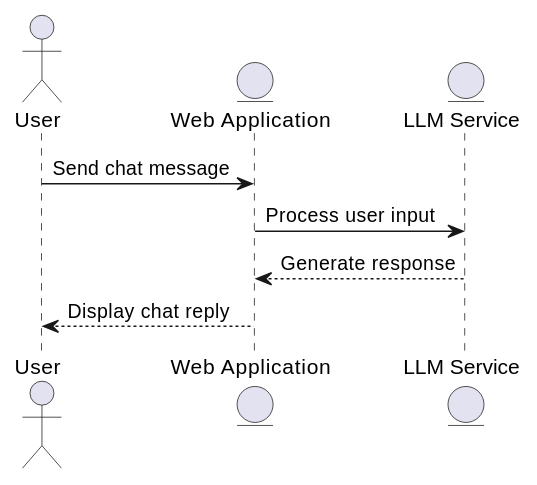
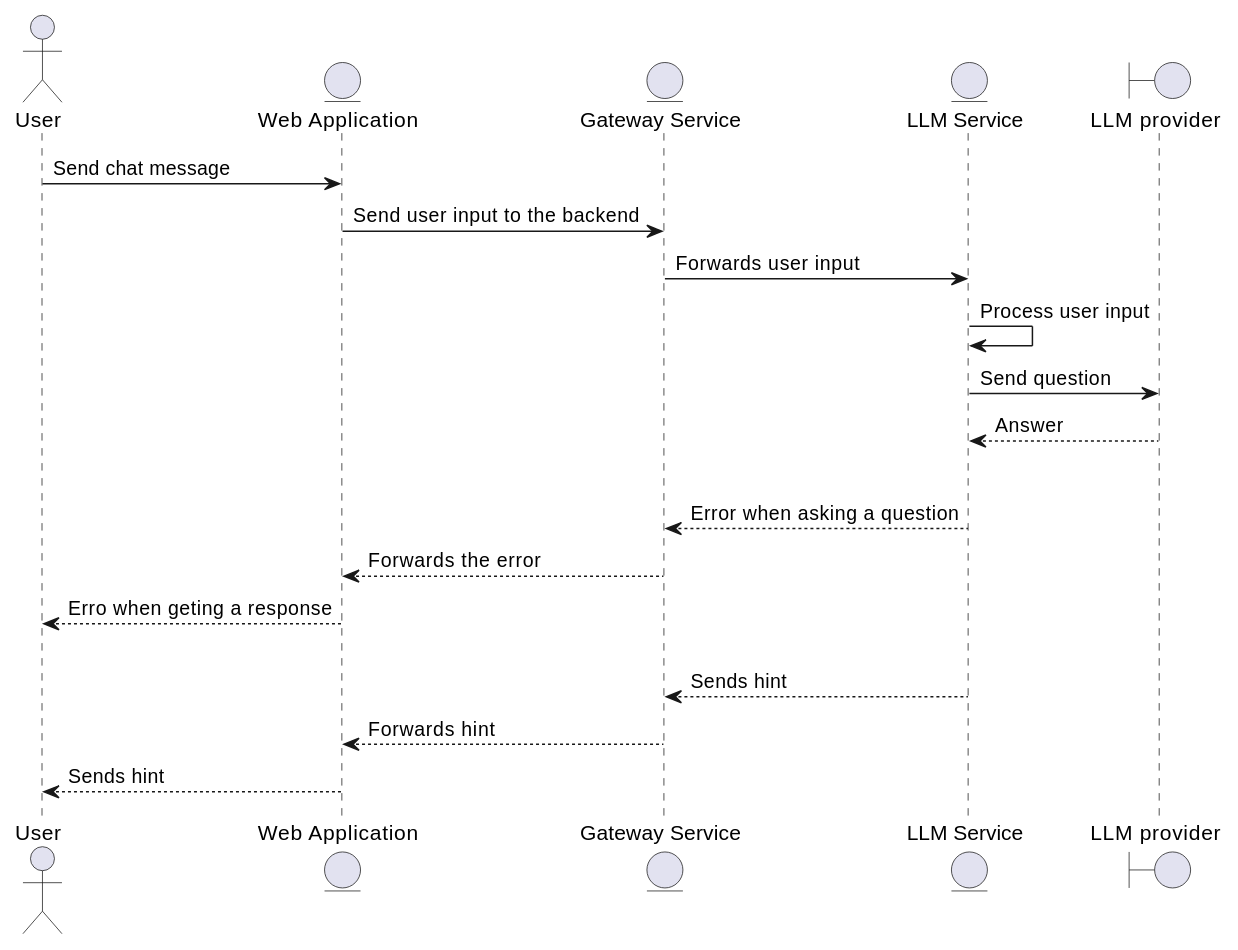
The fourth of 4 diagrams in docs/src/06_runtime_view.adoc (Arquisoft/wichat_en1b), drawn with PlantUML before and after one commit. The commit also changed other lines of this file, not shown here.

Commit message:
Fixed LLM Chat Interaction Flow runtime view sequence

```diff
--- a/docs/src/06_runtime_view.adoc
+++ b/docs/src/06_runtime_view.adoc
@@ -170,11 +170,23 @@
 [plantuml,"LLM Chat Interaction",png]
 ----
 actor User
 entity "Web Application" as App
+entity "Gateway Service" as Gat
 entity "LLM Service" as LLM
+boundary "LLM provider" as LLMP
 
 User -> App: Send chat message
-App -> LLM: Process user input
-LLM --> App: Generate response
-App --> User: Display chat reply
+App -> Gat: Send user input to the backend
+Gat -> LLM: Forwards user input
+LLM -> LLM: Process user input
+LLM -> LLMP: Send question
+LLMP --> LLM: Answer 
+alt If connection fails
+    LLM --> Gat: Error when asking a question
+    Gat --> App: Forwards the error
+    App --> User: Erro when geting a response
+else I connection is successful
+    LLM --> Gat: Sends hint
+    Gat --> App: Forwards hint
+    App --> User: Sends hint
 ----
```
